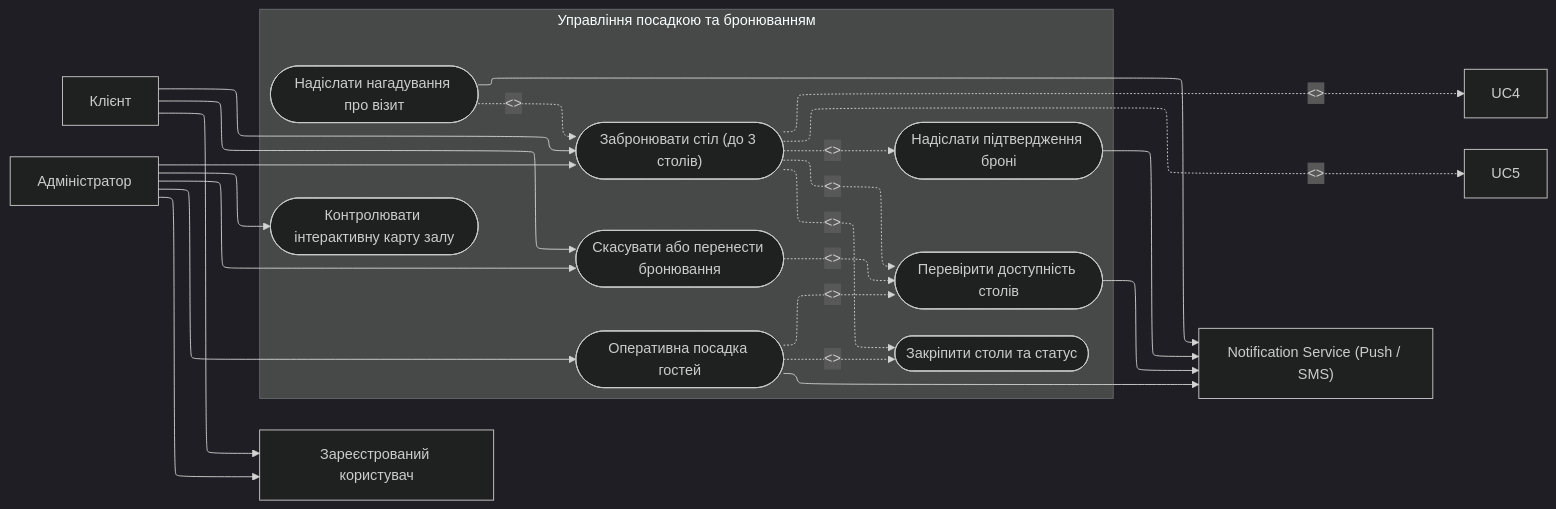
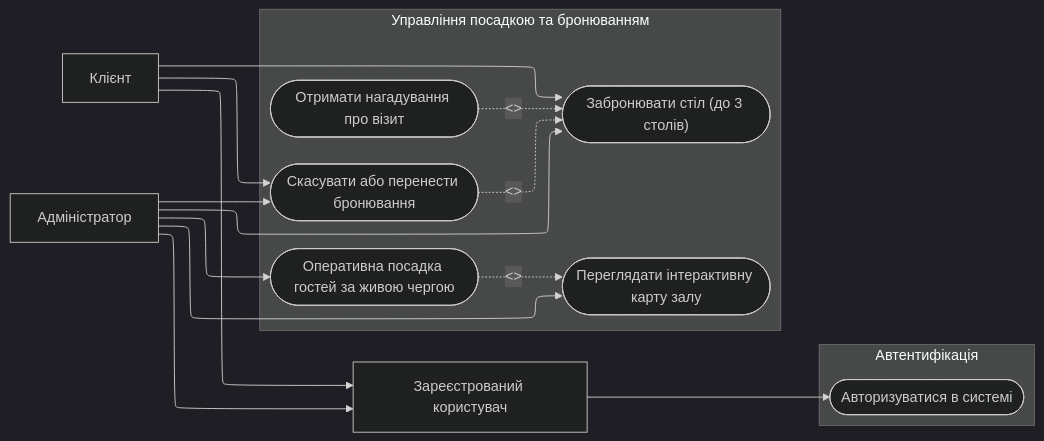
One commit to cyjiky/TableFlow changed the diagram in Labs/Lab2/models/boarding_and_reservation.mmd. Above: the diagram before and after it, drawn with Mermaid (dark theme). The commit also changed 27 other files, not shown here.

```diff
--- a/Labs/Lab2/models/boarding_and_reservation.mmd
+++ b/Labs/Lab2/models/boarding_and_reservation.mmd
@@ -1,57 +1,42 @@
 ---
 config:
     layout: elk
 ---
 flowchart LR
-    Client["Client"]
-    Admin["Admin"]
     %% Актори
     User["Зареєстрований користувач"]
     Client["Клієнт"]
     Admin["Адміністратор"]
-    NotifyService["Notification Service"]
-    NotifyService["Notification Service (Push / SMS)"]
 
     %% Узагальнення акторів
     Client --> User
     Admin --> User
 
+    subgraph Auth ["Автентифікація"]
+      UC0(["Авторизуватися в системі"])
+    end
+
     subgraph System1 ["Управління посадкою та бронюванням"]
       UC1_1(["Забронювати стіл (до 3 столів)"])
-      UC1_2(["Контролювати інтерактивну карту залу"])
+      UC1_2(["Переглядати інтерактивну карту залу"])
       UC1_3(["Скасувати або перенести бронювання"])
-      UC1_4(["Оперативна посадка гостей"])
-      UC1_5(["Перевірити доступність столів"])
-      UC1_6(["Закріпити столи та статус"])
-      UC1_7(["Надіслати підтвердження броні"])
-      UC1_8(["Надіслати нагадування про візит"])
+      UC1_4(["Оперативна посадка гостей за живою чергою"])
+      UC1_8(["Отримати нагадування про візит"])
     end
+
+    %% Загальний прецедент зареєстрованого користувача
+    User --> UC0
 
     %% Зв'язки акторів з прецедентами
     Client --> UC1_1
     Client --> UC1_3
 
     Admin --> UC1_1
     Admin --> UC1_2
     Admin --> UC1_3
     Admin --> UC1_4
 
-    UC1_1 -.->|<<include>>| UC4
-    UC1_1 -.->|<<extend>>| UC5
     %% Include / Extend зв'язки
-    UC1_1 -.->|"<<include>>"| UC1_5
-    UC1_1 -.->|"<<include>>"| UC1_6
-    UC1_1 -.->|"<<include>>"| UC1_7
-
-    UC1_4 --> NotifyService
-    UC1_5 --> NotifyService
-    UC1_4 -.->|"<<include>>"| UC1_5
-    UC1_4 -.->|"<<include>>"| UC1_6
-
-    UC1_3 -.->|"<<include>>"| UC1_5
-
+    UC1_4 -.->|"<<include>>"| UC1_2
+    UC1_3 -.->|"<<extend>>"| UC1_1
     UC1_8 -.->|"<<extend>>"| UC1_1
-
-    %% Зовнішні сервіси
-    UC1_7 --> NotifyService
-    UC1_8 --> NotifyService
```
